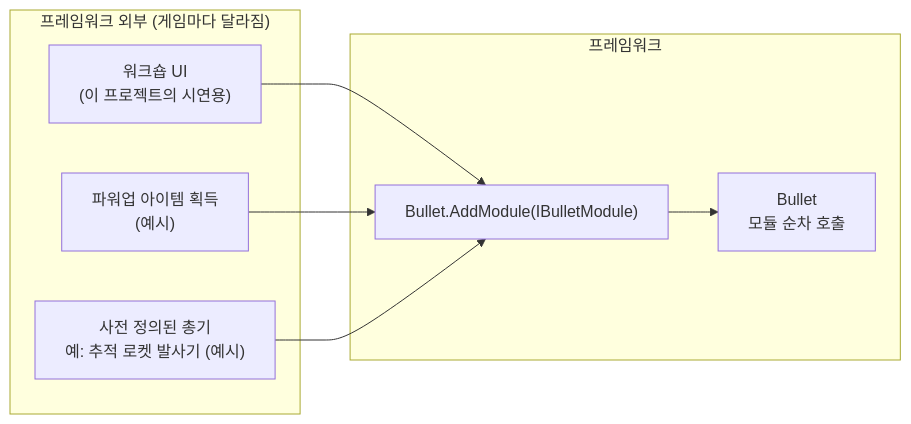
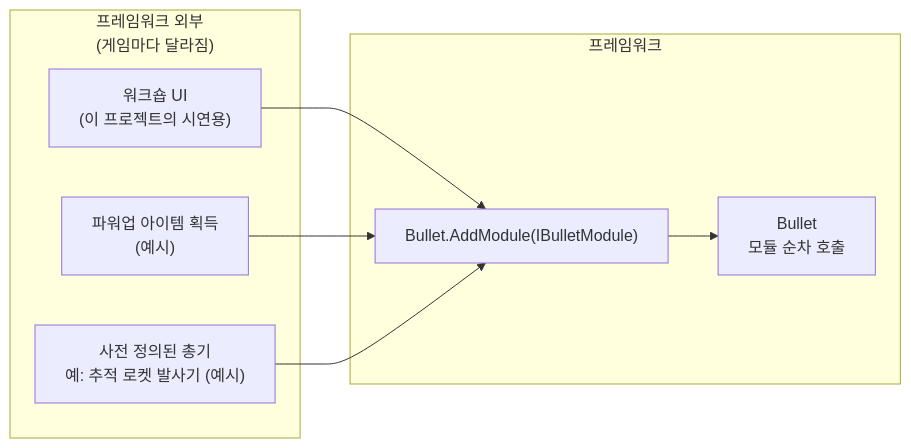
The third of 5 diagrams in src/1-Bullet-Module/기술문서.md (parksooha102-ai/portfolio), drawn with Mermaid before and after one commit. The commit also changed other lines of this file and 9 other files, not shown here.

````diff
--- a/src/1-Bullet-Module/기술문서.md
+++ b/src/1-Bullet-Module/기술문서.md
@@ -222,14 +230,21 @@
 ```mermaid
+---
+config:
+  flowchart:
+    subGraphTitleMargin:
+      top: 0
+      bottom: 24
+---
 flowchart LR
-    subgraph OUT["프레임워크 외부 (게임마다 달라짐)"]
+    subgraph OUT["프레임워크 외부<br/>(게임마다 달라짐)"]
         W["워크숍 UI<br/>(이 프로젝트의 시연용)"]
         P["파워업 아이템 획득<br/>(예시)"]
         G["사전 정의된 총기<br/>예: 추적 로켓 발사기 (예시)"]
     end
     subgraph IN["프레임워크"]
         A["Bullet.AddModule(IBulletModule)"] --> B["Bullet<br/>모듈 순차 호출"]
     end
     W --> A
     P --> A
     G --> A
 ```
````
